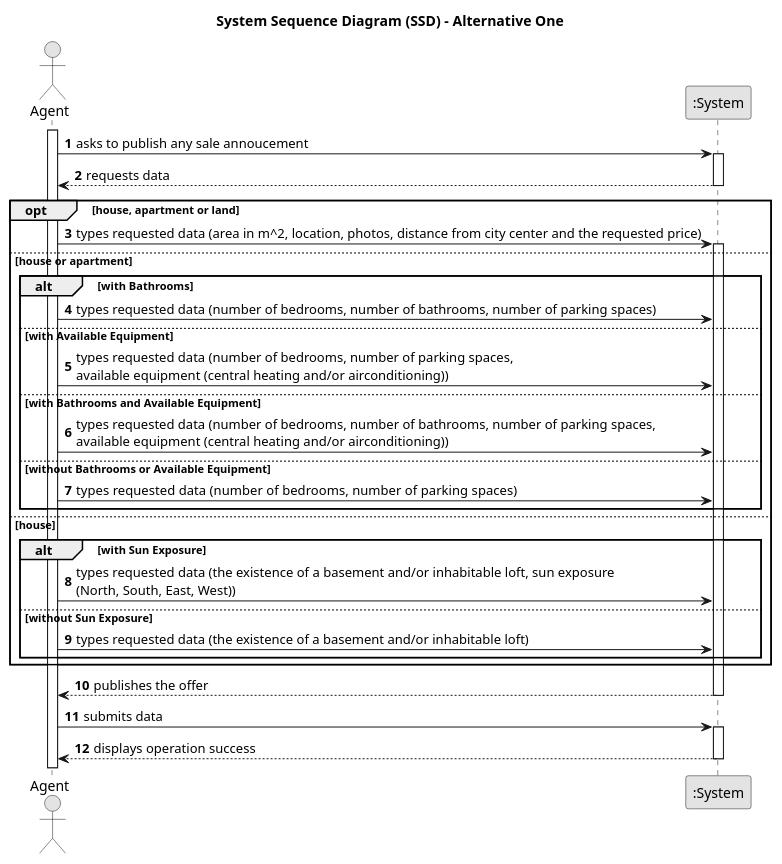
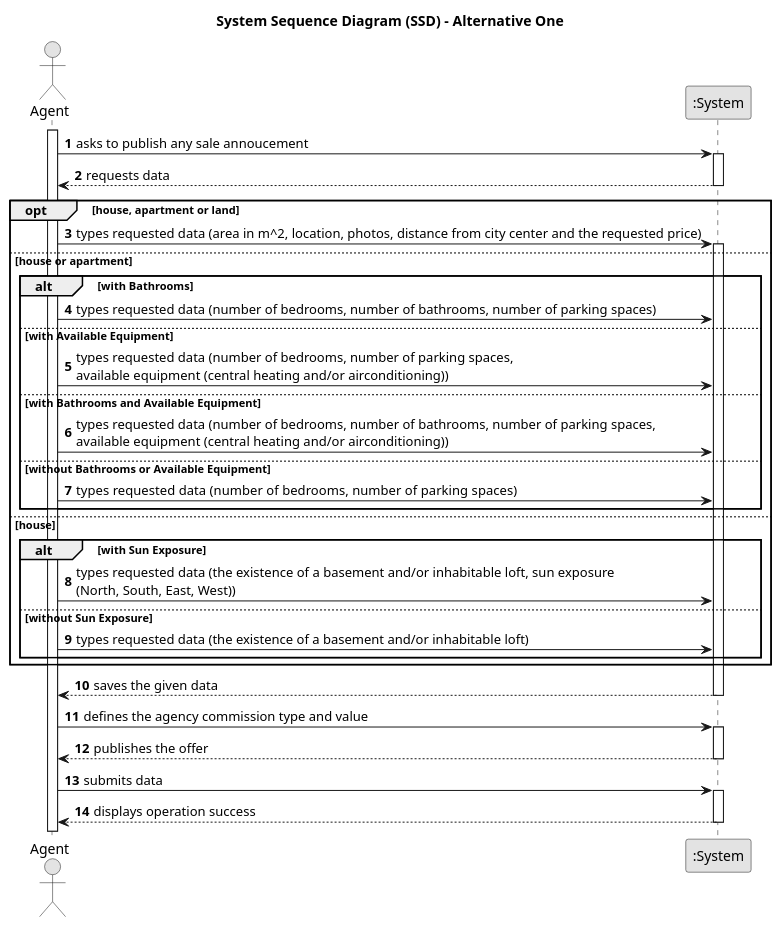
One commit to PureNimble/ISEP-LAPR2 changed the diagram in docs/sprintA/US02/01.requirements-engineering/puml/us02-system-sequence-diagram.puml. Above: the diagram before and after it, drawn with PlantUML. The commit also changed 2 other files, not shown here.

```diff
--- a/docs/sprintA/US02/01.requirements-engineering/puml/us02-system-sequence-diagram.puml
+++ b/docs/sprintA/US02/01.requirements-engineering/puml/us02-system-sequence-diagram.puml
@@ -1,78 +1,83 @@
 @startuml
 skinparam monochrome true
 skinparam packageStyle rectangle
 skinparam shadowing false
 
 title System Sequence Diagram (SSD) - Alternative One
 
 autonumber
 
 actor "Agent" as Agent
 participant ":System" as System
 
 activate Agent
 
     Agent -> System : asks to publish any sale annoucement
     activate System
 
         System --> Agent : requests data
     deactivate System
 
     opt house, apartment or land
 
         Agent -> System : types requested data (area in m^2, location, photos, distance from city center and the requested price)
 
         activate System
 
         else house or apartment
 
             alt with Bathrooms
 
                 Agent -> System : types requested data (number of bedrooms, number of bathrooms, number of parking spaces)
 
 
              else with Available Equipment
 
                 Agent -> System : types requested data (number of bedrooms, number of parking spaces, \navailable equipment (central heating and/or airconditioning))
 
 
              else with Bathrooms and Available Equipment
 
                 Agent -> System : types requested data (number of bedrooms, number of bathrooms, number of parking spaces, \navailable equipment (central heating and/or airconditioning))
 
 
              else without Bathrooms or Available Equipment
 
                  Agent -> System : types requested data (number of bedrooms,  number of parking spaces)
 
             end
 
 
         else house
 
             alt with Sun Exposure
 
                 Agent -> System : types requested data (the existence of a basement and/or inhabitable loft, sun exposure \n(North, South, East, West))
 
 
             else without Sun Exposure
 
                 Agent -> System : types requested data (the existence of a basement and/or inhabitable loft)
 
 
              end
 
      end
 
+    System --> Agent : saves the given data
+        deactivate System
+
+    Agent -> System : defines the agency commission type and value
+        activate System
 
     System --> Agent : publishes the offer
     deactivate System
 
     Agent -> System : submits data
     activate System
 
     System --> Agent : displays operation success
     deactivate System
 
 
 @enduml
```
